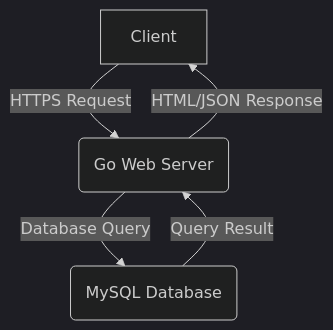
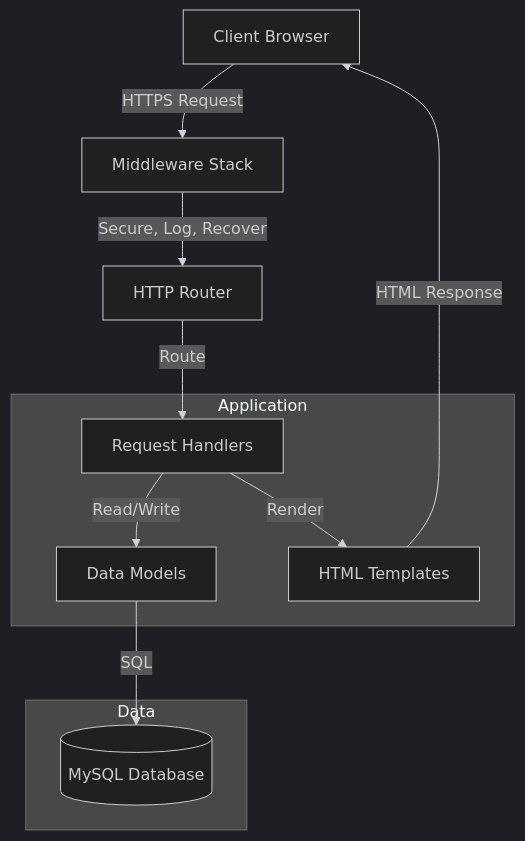
Before and after one commit to adcondev/snippet-box: the diagram in README.md, drawn with Mermaid (dark theme). The commit also changed other lines of this file and 1 other file, not shown here.

Commit message:
docs: Refine project overview, tech stack, and demonstrated skills in `LEARNING.md` and `README.md` for improved clarity and conciseness.

````diff
--- a/README.md
+++ b/README.md
@@ -31,7 +19,17 @@
 ```mermaid
-graph TD;
-    A[Client] -->|HTTPS Request| B(Go Web Server);
-    B -->|Database Query| C(MySQL Database);
-    C -->|Query Result| B;
-    B -->|HTML/JSON Response| A;
+graph TD
+    Client[Client Browser] -->|HTTPS Request| Middleware[Middleware Stack]
+    Middleware -->|Secure, Log, Recover| Router[HTTP Router]
+    Router -->|Route| Handler[Request Handlers]
+    
+    subgraph Application
+    Handler -->|Read/Write| Model[Data Models]
+    Handler -->|Render| Template[HTML Templates]
+    end
+    
+    subgraph Data
+    Model -->|SQL| DB[(MySQL Database)]
+    end
+    
+    Template -->|HTML Response| Client
 ```
````
